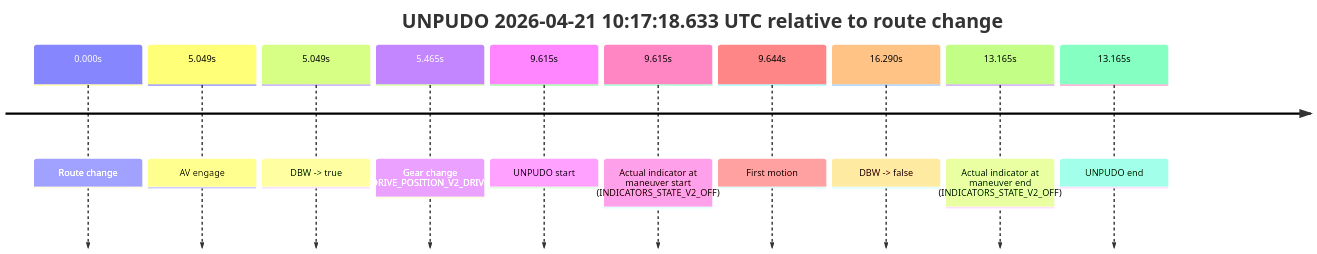
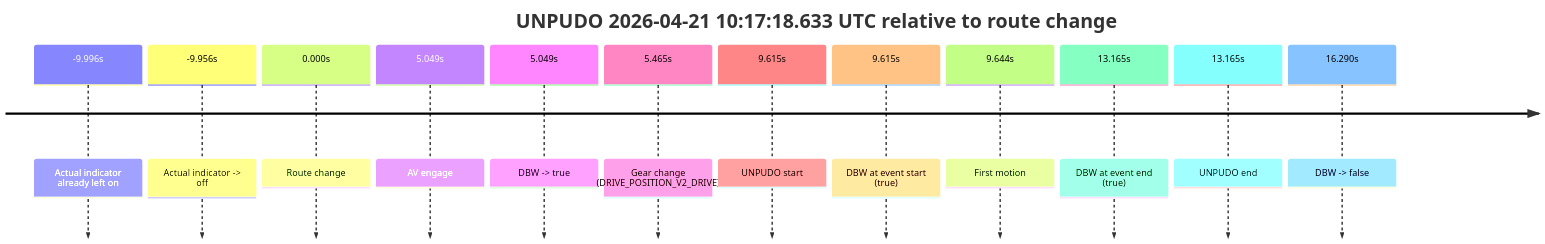
One commit to yoelshapiro/vault changed the third of 3 diagrams in model_analysis/report_cards/2026/04/Week-4/fme20002--2026-04-21--09-49-51--gen2-av-0e2899fe-e0ac-4a0a-a362-8997f19d6cce.md. Above: the diagram before and after it, drawn with Mermaid. The commit also changed other lines of this file and 85 other files, not shown here.

````diff
--- a/model_analysis/report_cards/2026/04/Week-4/fme20002--2026-04-21--09-49-51--gen2-av-0e2899fe-e0ac-4a0a-a362-8997f19d6cce.md
+++ b/model_analysis/report_cards/2026/04/Week-4/fme20002--2026-04-21--09-49-51--gen2-av-0e2899fe-e0ac-4a0a-a362-8997f19d6cce.md
@@ -207,14 +227,16 @@
 ```mermaid
 timeline
     title UNPUDO 2026-04-21 10:17:18.633 UTC relative to route change
+    -9.996s : Actual indicator already left on
+    -9.956s : Actual indicator -> off
     0.000s : Route change
     5.049s : AV engage
     5.049s : DBW -> true
     5.465s : Gear change (DRIVE_POSITION_V2_DRIVE)
     9.615s : UNPUDO start
-    9.615s : Actual indicator at maneuver start (INDICATORS_STATE_V2_OFF)
+    9.615s : DBW at event start (true)
     9.644s : First motion
+    13.165s : DBW at event end (true)
+    13.165s : UNPUDO end
     16.290s : DBW -> false
-    13.165s : Actual indicator at maneuver end (INDICATORS_STATE_V2_OFF)
-    13.165s : UNPUDO end
 ```
````
